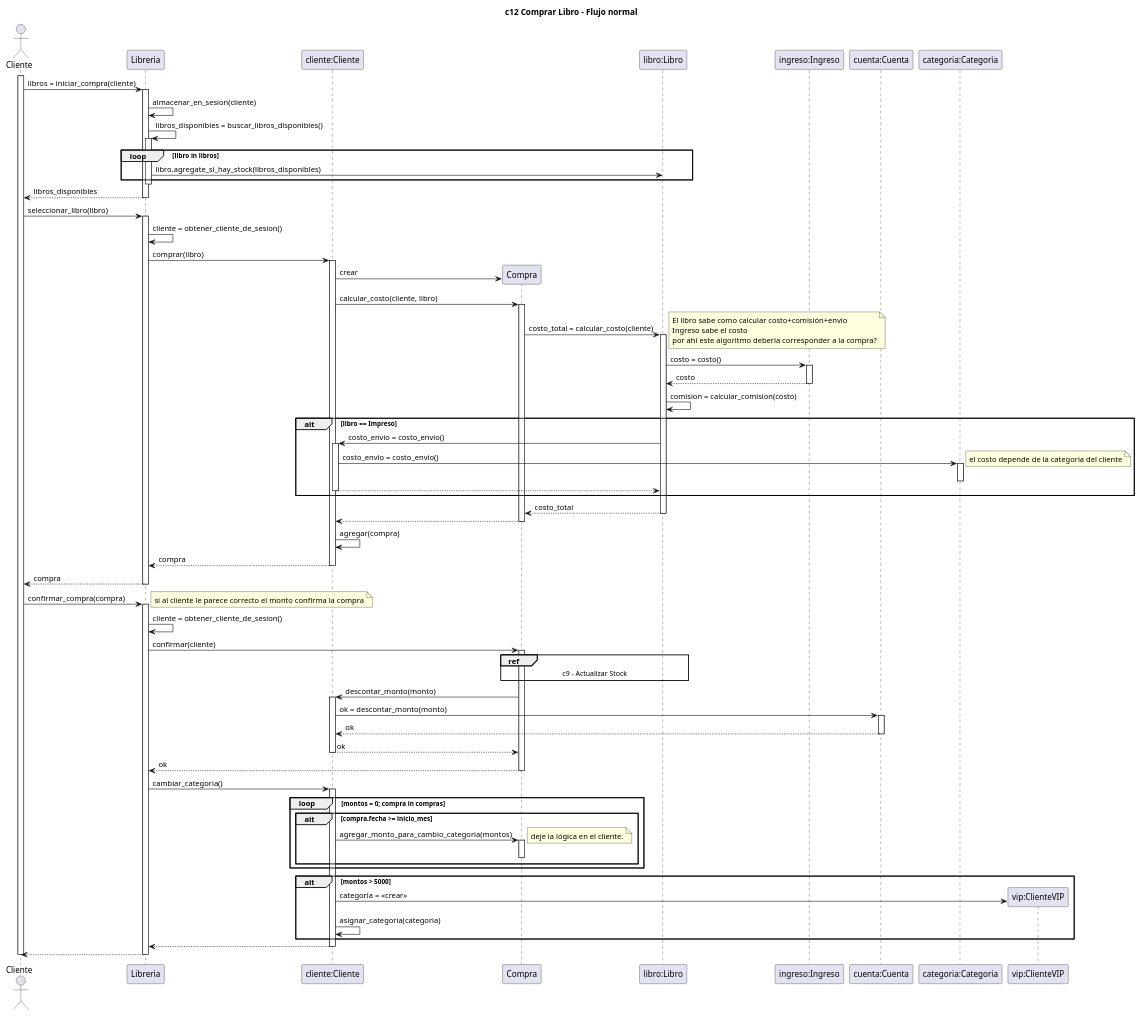
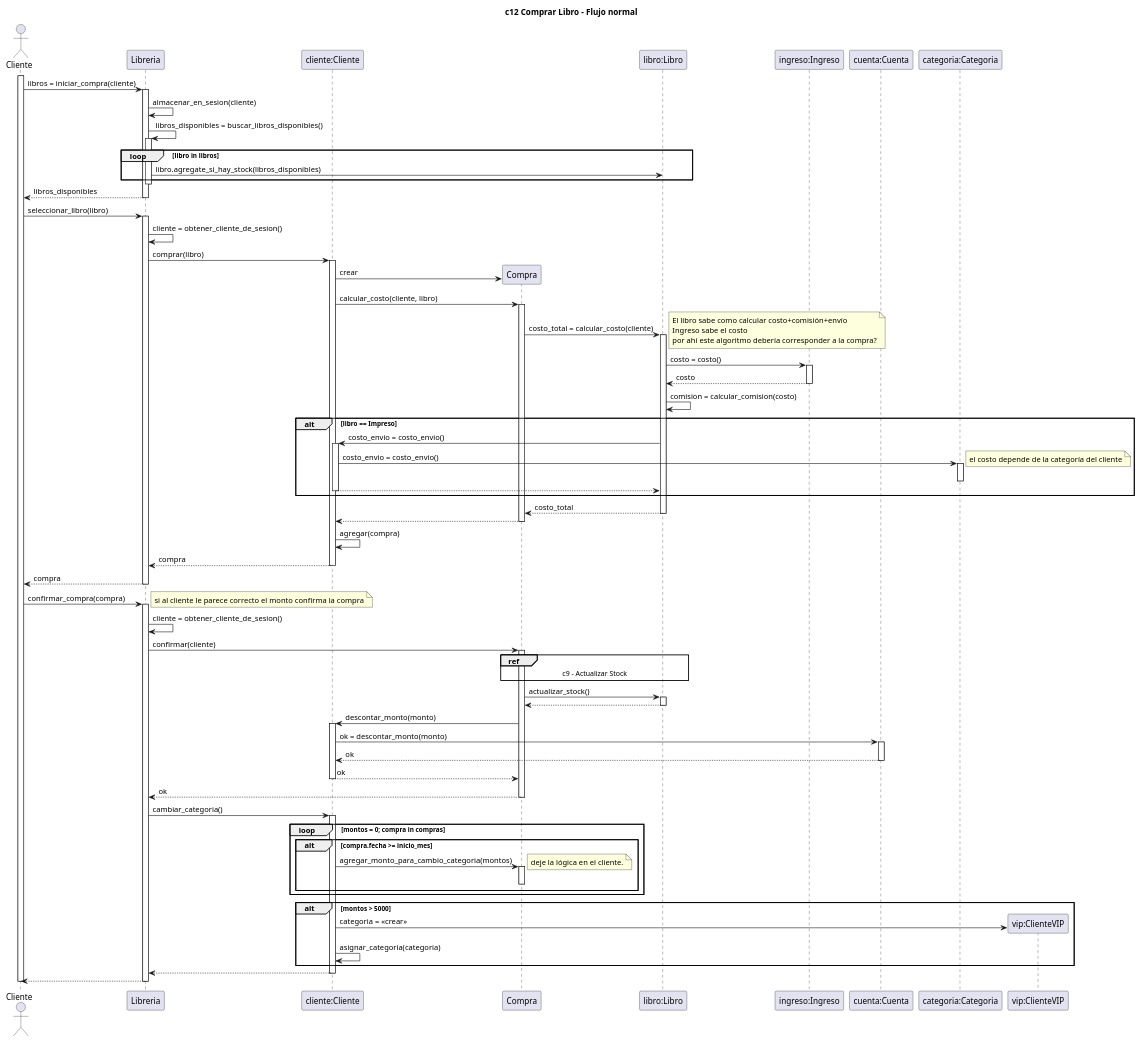
The first of 4 diagrams in tp/secuencia/compra/secuencia.plantuml (pablodanielrey/dsbm), drawn with PlantUML before and after one commit.

Commit message:
hice algunas modificaciones. me parece que ya estaria como para entegrar. el flujo normal

```diff
--- a/tp/secuencia/compra/secuencia.plantuml
+++ b/tp/secuencia/compra/secuencia.plantuml
@@ -2,121 +2,122 @@
 @startuml c12 Comprar Libro - Flujo normal
 
 title c12 Comprar Libro - Flujo normal
 
 actor Cliente as c
 participant Libreria as l
 participant "cliente:Cliente" as cliente
 participant Compra as compra
 participant "libro:Libro" as libro
 participant "ingreso:Ingreso" as ingreso
 participant "cuenta:Cuenta" as cuenta
 participant "categoria:Categoria" as categoria
 participant "vip:ClienteVIP" as vip
 
 activate c
 c -> l : libros = iniciar_compra(cliente)
 activate l
     l -> l : almacenar_en_sesion(cliente)
     l -> l : libros_disponibles = buscar_libros_disponibles()
     activate l
     loop libro in libros
         l -> libro : libro.agregate_si_hay_stock(libros_disponibles)
     end
     deactivate l
     c <-- l : libros_disponibles
 deactivate l
 
 c -> l : seleccionar_libro(libro)
 activate l
     l -> l : cliente = obtener_cliente_de_sesion()
     l -> cliente : comprar(libro)
     activate cliente
         cliente -> compra ** : crear
         cliente -> compra : calcular_costo(cliente, libro)
         activate compra
             'el costo depende del tipo de libro y del tipo de cliente
             compra -> libro : costo_total = calcular_costo(cliente)
             note right: El libro sabe como calcular costo+comisión+envío\nIngreso sabe el costo\npor ahi este algoritmo debería corresponder a la compra?
             activate libro
                 libro -> ingreso : costo = costo()
                 activate ingreso
                     libro <-- ingreso : costo
                 deactivate ingreso
                 libro -> libro : comision = calcular_comision(costo)
 
                 alt libro == Impreso
                     libro -> cliente : costo_envio = costo_envio()
                     activate cliente
                         cliente -> categoria : costo_envio = costo_envio()
                         note right : el costo depende de la categoría del cliente
                         activate categoria
 
                             'cliente <-- categoria
                         deactivate categoria
 
                         libro <-- cliente
                     deactivate cliente
                 end
 
                 compra <-- libro : costo_total
             deactivate libro
-
-
-
-                
+               
             cliente <-- compra
         deactivate compra
         cliente -> cliente : agregar(compra)
 
         l <-- cliente : compra
     deactivate cliente
 
     return compra
 deactivate l
 
 c -> l : confirmar_compra(compra)
 note right : si al cliente le parece correcto el monto confirma la compra
 activate l
     l -> l : cliente = obtener_cliente_de_sesion()
 
     l -> compra : confirmar(cliente)
     activate compra
         ref over compra, libro : c9 - Actualizar Stock
+        compra -> libro : actualizar_stock()
+        activate libro
+            compra <-- libro
+        deactivate libro
 
         compra -> cliente : descontar_monto(monto)
         activate cliente
             cliente -> cuenta : ok = descontar_monto(monto)
             activate cuenta
                 cliente <-- cuenta : ok
             deactivate cuenta
             
             compra <-- cliente : ok
         deactivate cliente
 
         l <-- compra : ok
     deactivate compra
 
 
     l -> cliente : cambiar_categoria()
     activate cliente
         loop montos = 0; compra in compras
             alt compra.fecha >= inicio_mes
                 cliente -> compra : agregar_monto_para_cambio_categoria(montos)
                 note right : deje la lógica en el cliente.
                 activate compra
                 deactivate compra
             end
         end 
         alt montos > 5000
             cliente -> vip ** : categoria = <<crear>>
             cliente -> cliente : asignar_categoria(categoria)
         end
         l <-- cliente
     deactivate cliente
 
     c <-- l
 deactivate l
 
 deactivate c
 
 @enduml
```
